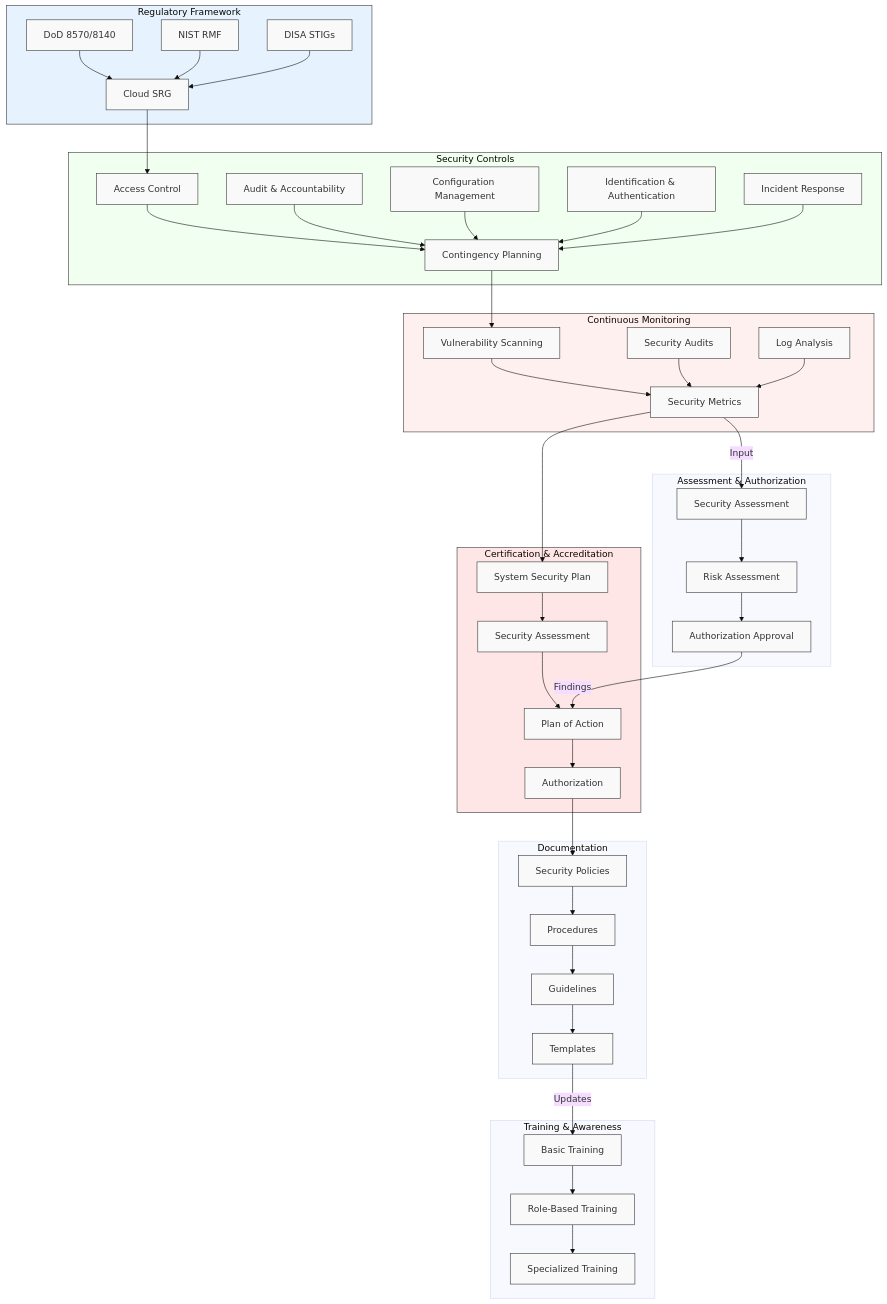
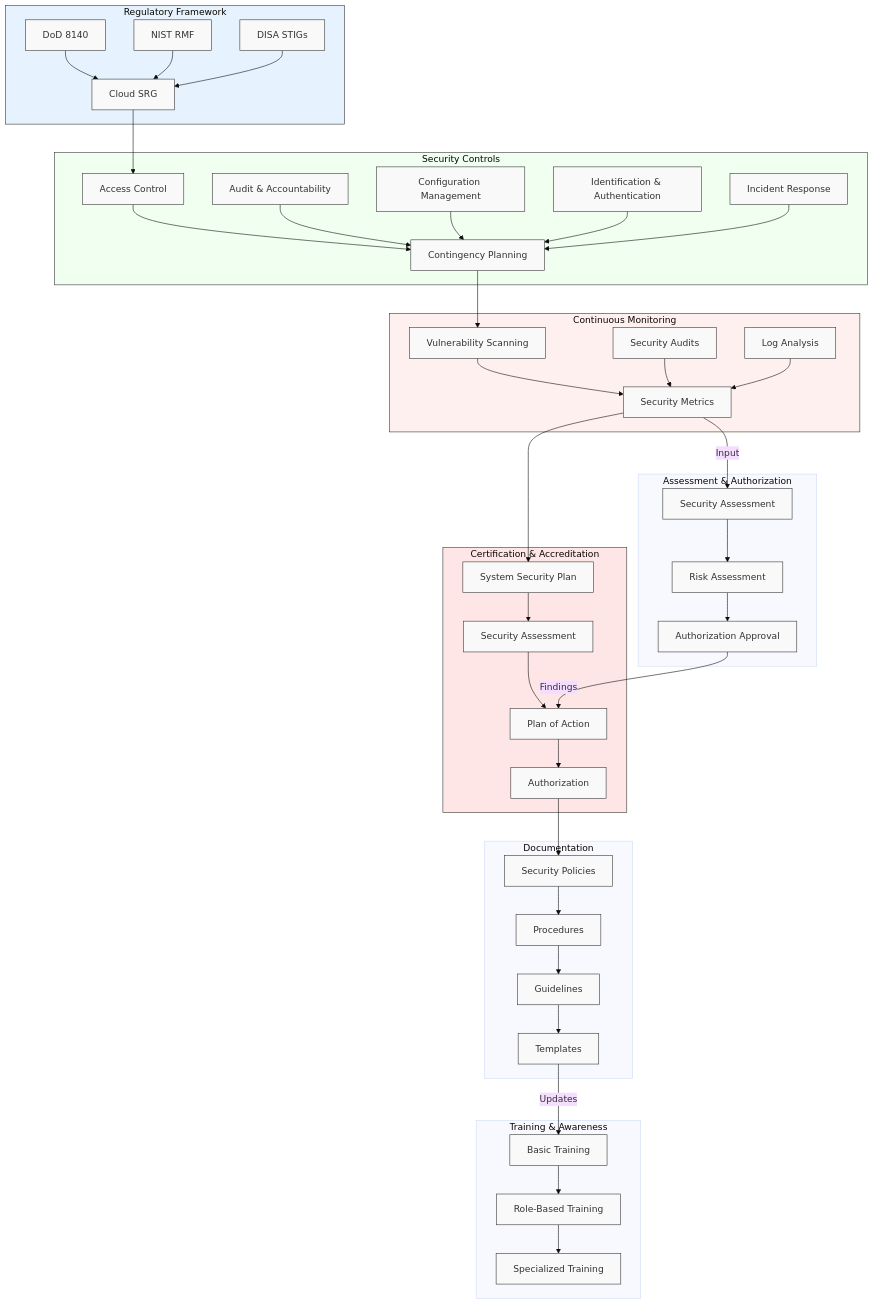
The diagram in docs/diagrams/compliance_framework.mmd (dbsectrainer/dod-cybersec-ops-framework), drawn with Mermaid (base theme) before and after one commit. The commit also changed 15 other files, not shown here.

```diff
--- a/docs/diagrams/compliance_framework.mmd
+++ b/docs/diagrams/compliance_framework.mmd
@@ -1,99 +1,99 @@
 flowchart TB
     %% Styling
     classDef default fill:#f9f9f9,stroke:#333,stroke-width:1px;
     classDef framework fill:#e6f3ff,stroke:#333;
     classDef controls fill:#f0fff0,stroke:#333;
     classDef monitoring fill:#fff0f0,stroke:#333;
     classDef certification fill:#ffe6e6,stroke:#333;
 
     %% Regulatory Framework
     subgraph REG[Regulatory Framework]
-        DOD[DoD 8570/8140]
+        DOD[DoD 8140]
         NIST[NIST RMF]
         DISA[DISA STIGs]
         CLOUD[Cloud SRG]
         
         DOD & NIST & DISA --> CLOUD
     end
     class REG framework
 
     %% Security Controls
     subgraph CTRL[Security Controls]
         AC[Access Control]
         AU[Audit & Accountability]
         CM[Configuration Management]
         CP[Contingency Planning]
         IA[Identification & Authentication]
         IR[Incident Response]
         
         AC & AU & CM --> CP
         IA & IR --> CP
     end
     class CTRL controls
 
     %% Continuous Monitoring
     subgraph MON[Continuous Monitoring]
         SCAN[Vulnerability Scanning]
         AUDIT[Security Audits]
         LOG[Log Analysis]
         METRICS[Security Metrics]
         
         SCAN & AUDIT & LOG --> METRICS
     end
     class MON monitoring
 
     %% Certification & Accreditation
     subgraph CERT[Certification & Accreditation]
         SSP[System Security Plan]
         SAR[Security Assessment]
         POA[Plan of Action]
         AUTH[Authorization]
         
         SSP --> SAR
         SAR --> POA
         POA --> AUTH
     end
     class CERT certification
 
     %% Documentation
     subgraph DOC[Documentation]
         POLICY[Security Policies]
         PROC[Procedures]
         GUIDE[Guidelines]
         TEMP[Templates]
         
         POLICY --> PROC
         PROC --> GUIDE
         GUIDE --> TEMP
     end
 
     %% Main Flow
     CLOUD --> AC
     CP --> SCAN
     METRICS --> SSP
     AUTH --> POLICY
 
     %% Assessment & Authorization
     subgraph AA[Assessment & Authorization]
         ASSESS[Security Assessment]
         RISK[Risk Assessment]
         APPROVE[Authorization Approval]
         
         ASSESS --> RISK
         RISK --> APPROVE
     end
 
     %% Training & Awareness
     subgraph TRAIN[Training & Awareness]
         BASIC[Basic Training]
         ROLE[Role-Based Training]
         SPEC[Specialized Training]
         
         BASIC --> ROLE
         ROLE --> SPEC
     end
 
     %% Relationships
     TEMP -->|Updates| BASIC
     APPROVE -->|Findings| POA
     METRICS -->|Input| ASSESS
```
